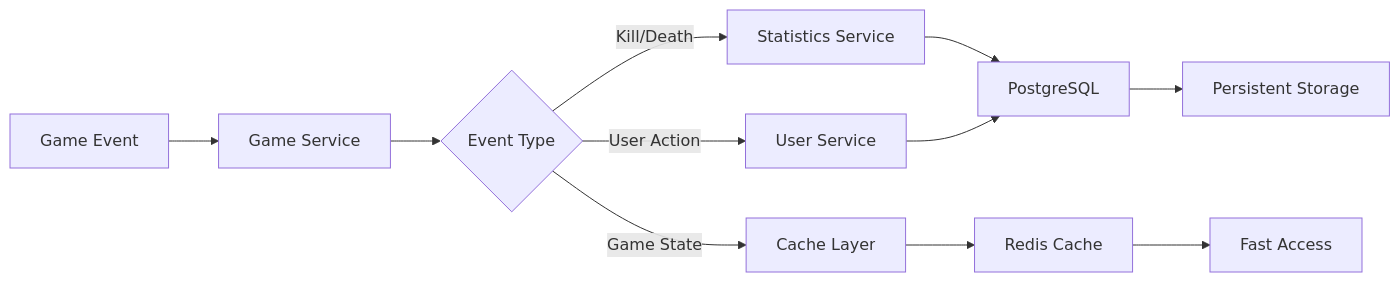
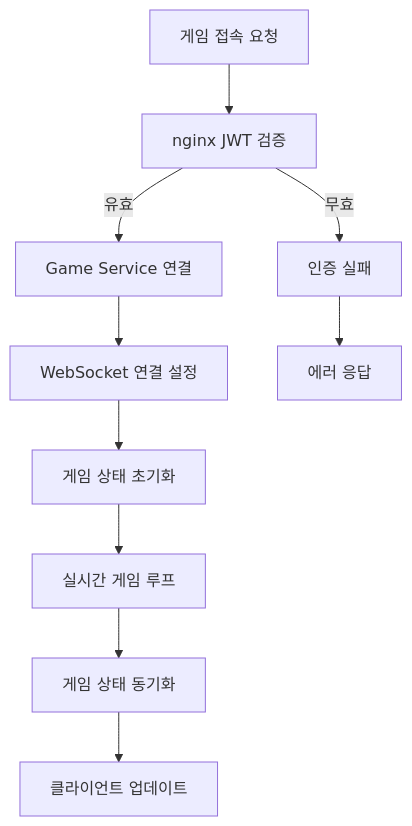
Before and after one commit to tanminkwan/test2: the seventh of 10 diagrams in ARCHITECTURE.md, drawn with Mermaid. The commit also changed other lines of this file and 26 other files, not shown here.

````diff
--- a/ARCHITECTURE.md
+++ b/ARCHITECTURE.md
@@ -298,16 +378,12 @@
 ```mermaid
-flowchart LR
-    A[Game Event] --> B[Game Service]
-    B --> C{Event Type}
-    
-    C -->|Kill/Death| D[Statistics Service]
-    C -->|User Action| E[User Service]
-    C -->|Game State| F[Cache Layer]
-    
-    D --> G[PostgreSQL]
-    E --> G
-    F --> H[Redis Cache]
-    
-    G --> I[Persistent Storage]
-    H --> J[Fast Access]
+flowchart TD
+    A[게임 접속 요청] --> B[nginx JWT 검증]
+    B -->|유효| C[Game Service 연결]
+    B -->|무효| D[인증 실패]
+    C --> E[WebSocket 연결 설정]
+    E --> F[게임 상태 초기화]
+    F --> G[실시간 게임 루프]
+    G --> H[게임 상태 동기화]
+    H --> I[클라이언트 업데이트]
+    D --> J[에러 응답]
 ```
````
